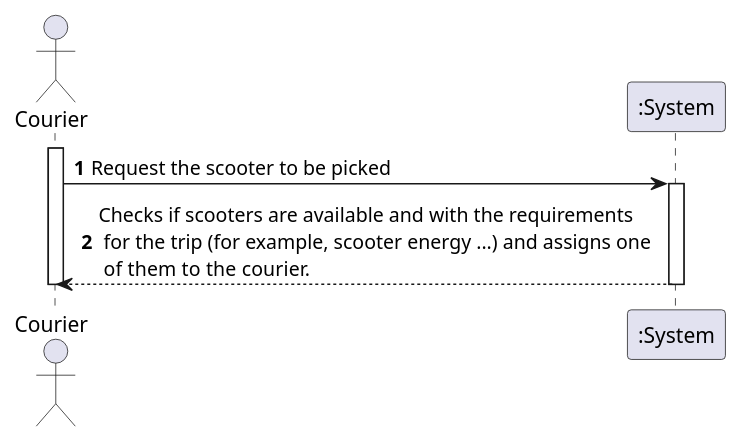
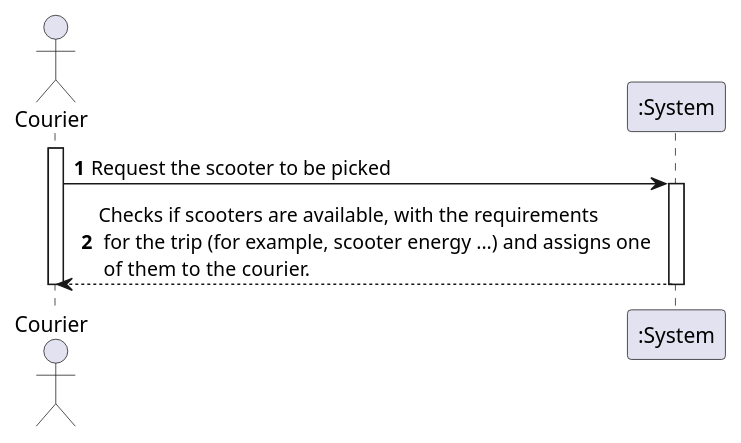
Before and after one commit to 1190452/LAPR3: the diagram in Documents/UC16/UC16_SSD.puml, drawn with PlantUML. The commit also changed 11 other files, not shown here.

```diff
--- a/Documents/UC16/UC16_SSD.puml
+++ b/Documents/UC16/UC16_SSD.puml
@@ -1,13 +1,13 @@
 @startuml
 autonumber
 actor "Courier" as COR
 
 activate COR
 COR -> ":System" : Request the scooter to be picked
 activate ":System"
-":System" --> COR : Checks if scooters are available and with the requirements \n for the trip (for example, scooter energy ...) and assigns one\n of them to the courier.
+":System" --> COR : Checks if scooters are available, with the requirements \n for the trip (for example, scooter energy ...) and assigns one\n of them to the courier.
 deactivate ":System"
 
 
 deactivate COR
 @enduml
```
